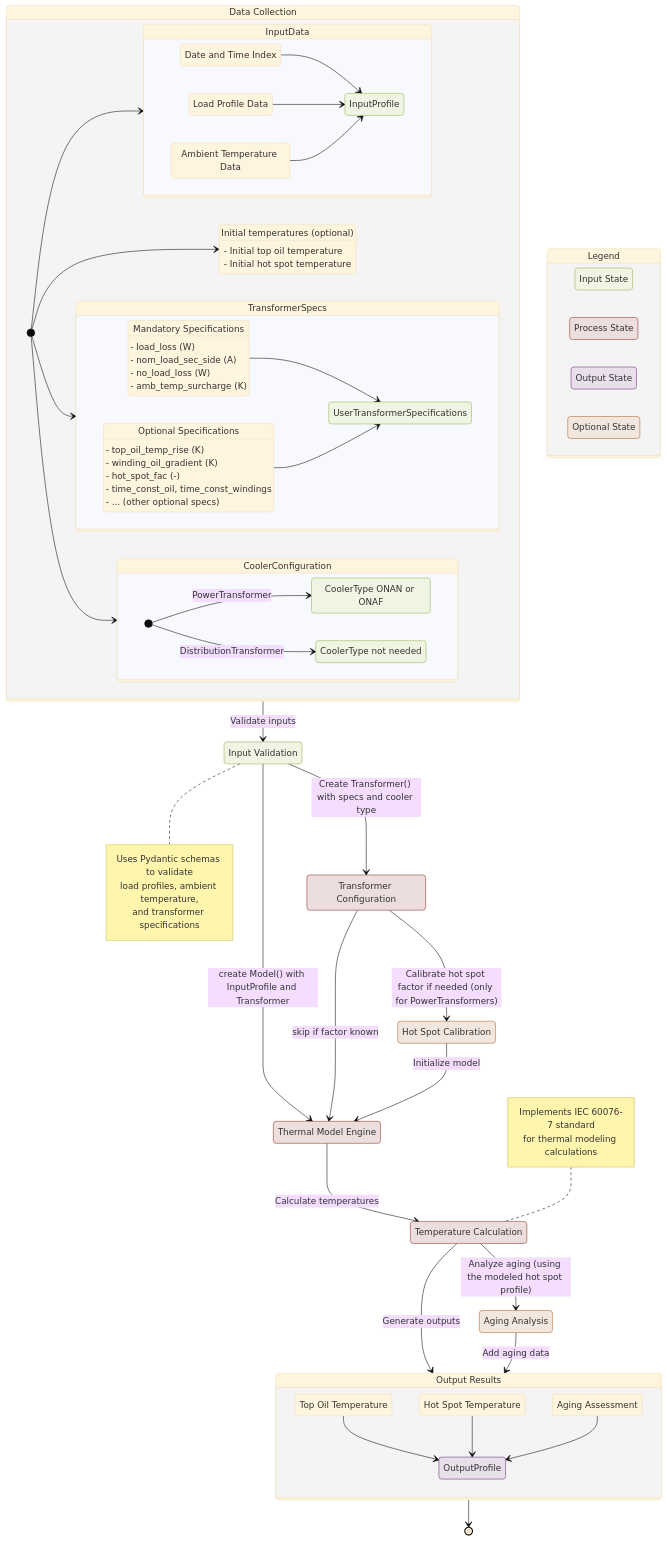
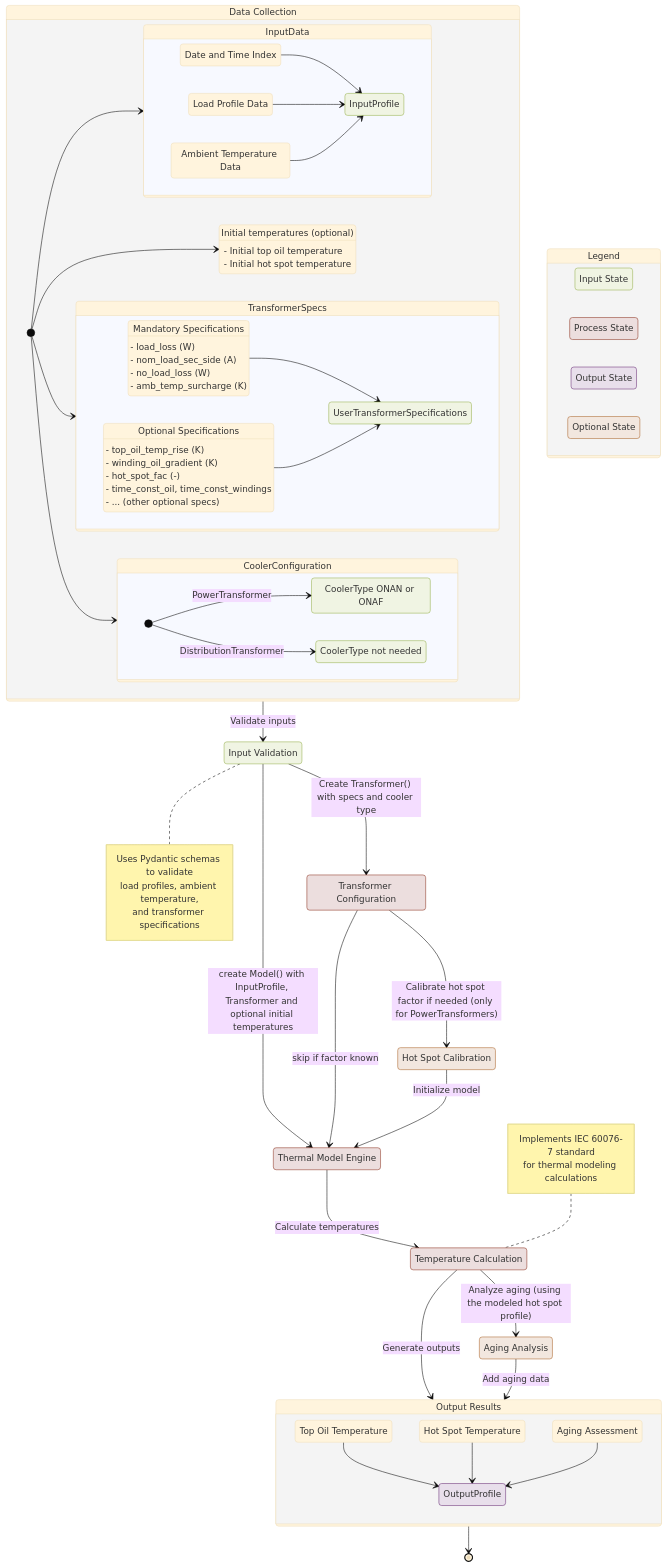
The diagram in docs/api_reference/architecture.md (alliander-opensource/transformer-thermal-model), drawn with Mermaid (base theme) before and after one commit.

Commit message:
docs: clarify the init of Model optionally uses init temps.

```diff
--- a/docs/api_reference/architecture.md
+++ b/docs/api_reference/architecture.md
@@ -102,7 +102,7 @@
     %% Main flow
     DataCollection
     DataCollection --> Validation: Validate inputs
-    Validation --> ThermalModel: create Model() with InputProfile and Transformer
+    Validation --> ThermalModel: create Model() with InputProfile, Transformer and optional initial temperatures
     Validation --> TransformerConfig: Create Transformer() with specs and cooler type
     TransformerConfig --> HotSpotCalib: Calibrate hot spot factor if needed (only for PowerTransformers)
     TransformerConfig --> ThermalModel: skip if factor known
```
